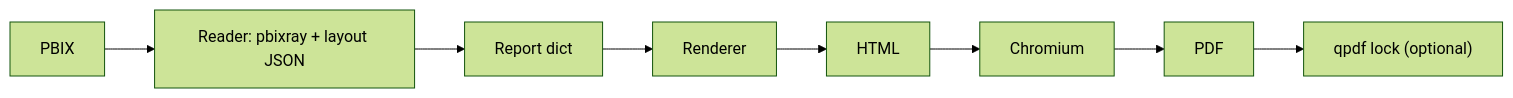
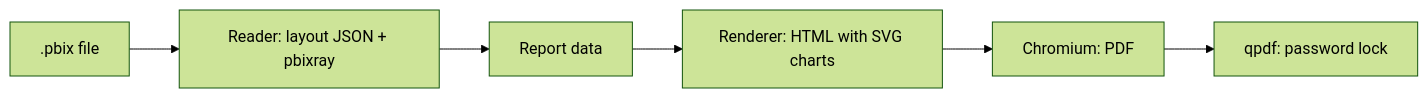
The diagram in README.md (Nigelkil01/pbi2html), drawn with Mermaid (forest theme) before and after one commit. The commit also changed other lines of this file and 4 other files, not shown here.

````diff
--- a/README.md
+++ b/README.md
@@ -37,10 +59,8 @@
 ```mermaid
 flowchart LR
-    A[PBIX] --> B["Reader: pbixray + layout JSON"]
-    B --> C[Report dict]
-    C --> D[Renderer]
-    D --> E[HTML]
-    E --> F[Chromium]
-    F --> G[PDF]
-    G --> H["qpdf lock (optional)"]
+    A[".pbix file"] --> B["Reader: layout JSON + pbixray"]
+    B --> C["Report data"]
+    C --> D["Renderer: HTML with SVG charts"]
+    D --> E["Chromium: PDF"]
+    E --> F["qpdf: password lock"]
 ```
````
